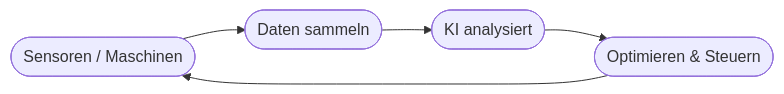
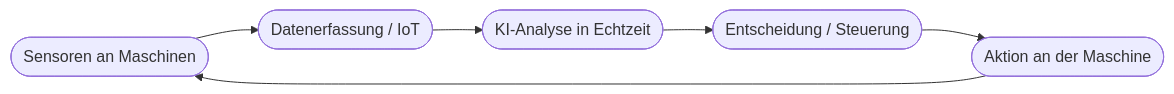
The diagram in docs/content/kapitel24.md (Qualidy/Prompt-Engineering-KI-in-der-Arbeitswelt), drawn with Mermaid before and after one commit. The commit also changed other lines of this file and 80 other files, not shown here.

````diff
--- a/docs/content/kapitel24.md
+++ b/docs/content/kapitel24.md
@@ -20,7 +21,8 @@
 ```mermaid
 flowchart LR
-    A([Sensoren / Maschinen]) --> B([Daten sammeln])
-    B --> C([KI analysiert])
-    C --> D([Optimieren & Steuern])
-    D --> A
+    A([Sensoren an Maschinen]) --> B([Datenerfassung / IoT])
+    B --> C([KI-Analyse in Echtzeit])
+    C --> D([Entscheidung / Steuerung])
+    D --> E([Aktion an der Maschine])
+    E --> A
 ```
````
